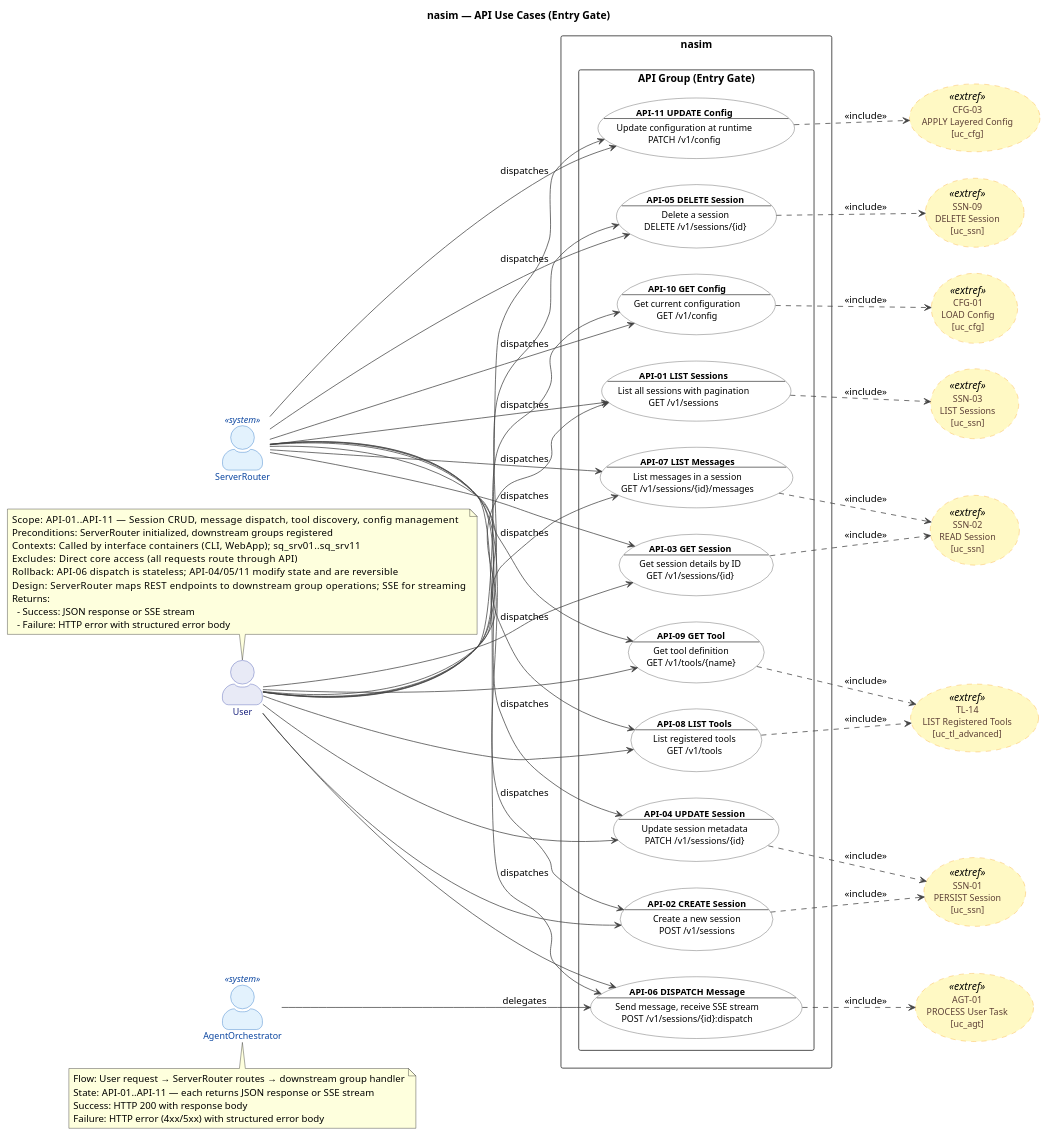
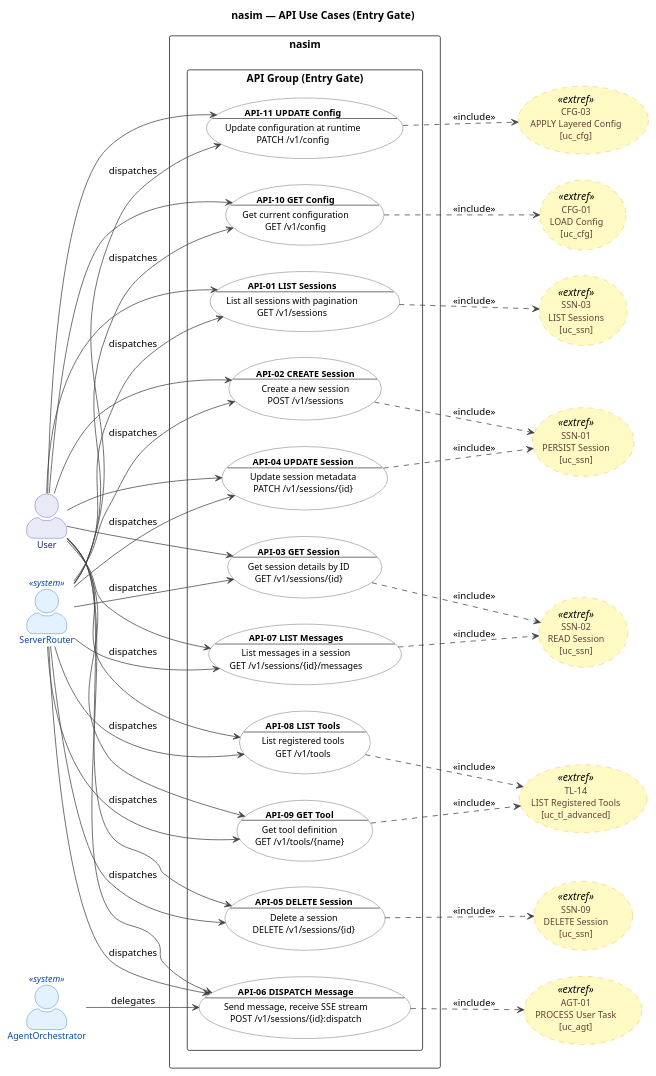
Before and after one commit to salimnamvar/nasim: the diagram in docs/UC/uc_api.puml, drawn with PlantUML. The commit also changed 23 other files, not shown here.

First line of the commit message:
docs: Refactor UC diagrams and update merge script paths

```diff
--- a/docs/UC/uc_api.puml
+++ b/docs/UC/uc_api.puml
@@ -1,163 +1,172 @@
 @startuml uc_api
+
 
 ' ============================================================
 ' Title:     nasim — UC: API Group (Entry Gate)
 ' Group:     API (API Entry Gate)
 ' Boundary:  nasim code agent
 ' Purpose:   Core business operations exposed via API.
 '            Sole entry point for all interface containers
 '            (CLI, WebApp, DesktopApp, MobileApp).
 '            ROD-compliant REST endpoints (AIP-136/193).
 '            Entry chain: User → ServerRouter → downstream groups
 ' Milestone: v1.0
 ' Version:   9.1.0
 ' Source:    docs/ENTITIES.md, docs/UC/README.md
 ' Review:    CAR refinement loop 2026-06-27
 ' SQ:        sq_srv01..sq_srv11
 ' ============================================================
 
+
 left to right direction
+
 
 title nasim — API Use Cases (Entry Gate)
 
+
 skinparam actorStyle awesome
 skinparam packageStyle rectangle
+
 
 skinparam usecase {
   BackgroundColor #FFFFFF
   BorderColor #424242
   FontColor #000000
   ArrowColor #424242
   FontSize 12
 }
 
+
 skinparam actor {
   BackgroundColor #E8EAF6
   BorderColor #3949AB
   FontColor #1A237E
   FontSize 12
 }
 
+
 skinparam actor<<system>> {
   BackgroundColor #E3F2FD
   BorderColor #1565C0
   FontColor #0D47A1
 }
+
 
 skinparam usecase<<extref>> {
   BackgroundColor #FFF9C4
   BorderColor #F9A825
   FontColor #5D4037
   BorderStyle dashed
 }
 
+
 ' ------------------------------------------------------------
 ' Actors
 ' ------------------------------------------------------------
+
 
 actor "User" as User
 actor "ServerRouter" as Router <<system>>
 actor "AgentOrchestrator" as Agent <<system>>
 
-note top of User
-  Scope:          API-01..API-11 — Session CRUD, message dispatch, tool discovery, config management
-  Preconditions:  ServerRouter initialized, downstream groups registered
-  Contexts:       Called by interface containers (CLI, WebApp); sq_srv01..sq_srv11
-  Excludes:       Direct core access (all requests route through API)
-  Rollback:       API-06 dispatch is stateless; API-04/05/11 modify state and are reversible
-  Design:         ServerRouter maps REST endpoints to downstream group operations; SSE for streaming
-  Returns:
-    - Success: JSON response or SSE stream
-    - Failure: HTTP error with structured error body
-end note
+
+
 
 ' ------------------------------------------------------------
 ' Cross-Group External References
 ' ------------------------------------------------------------
+
 
 usecase "SSN-03\nLIST Sessions\n[uc_ssn]" as SSN03_ext <<extref>>
 usecase "SSN-01\nPERSIST Session\n[uc_ssn]" as SSN01_ext <<extref>>
 usecase "SSN-02\nREAD Session\n[uc_ssn]" as SSN02_ext <<extref>>
 usecase "SSN-09\nDELETE Session\n[uc_ssn]" as SSN09_ext <<extref>>
 
+
 usecase "AGT-01\nPROCESS User Task\n[uc_agt]" as AGT01_ext <<extref>>
+
 
 usecase "CFG-01\nLOAD Config\n[uc_cfg]" as CFG01_ext <<extref>>
 usecase "CFG-03\nAPPLY Layered Config\n[uc_cfg]" as CFG03_ext <<extref>>
 
+
 usecase "TL-14\nLIST Registered Tools\n[uc_tl_advanced]" as TL14_ext <<extref>>
+
 
 ' ------------------------------------------------------------
 ' System Boundary
 ' ------------------------------------------------------------
+
 
 rectangle "nasim" {
   package "API Group (Entry Gate)" {
     usecase "**API-01 LIST Sessions**\n--\nList all sessions with pagination\nGET /v1/sessions" as API01
     usecase "**API-02 CREATE Session**\n--\nCreate a new session\nPOST /v1/sessions" as API02
     usecase "**API-03 GET Session**\n--\nGet session details by ID\nGET /v1/sessions/{id}" as API03
     usecase "**API-04 UPDATE Session**\n--\nUpdate session metadata\nPATCH /v1/sessions/{id}" as API04
     usecase "**API-05 DELETE Session**\n--\nDelete a session\nDELETE /v1/sessions/{id}" as API05
     usecase "**API-06 DISPATCH Message**\n--\nSend message, receive SSE stream\nPOST /v1/sessions/{id}:dispatch" as API06
     usecase "**API-07 LIST Messages**\n--\nList messages in a session\nGET /v1/sessions/{id}/messages" as API07
     usecase "**API-08 LIST Tools**\n--\nList registered tools\nGET /v1/tools" as API08
     usecase "**API-09 GET Tool**\n--\nGet tool definition\nGET /v1/tools/{name}" as API09
     usecase "**API-10 GET Config**\n--\nGet current configuration\nGET /v1/config" as API10
     usecase "**API-11 UPDATE Config**\n--\nUpdate configuration at runtime\nPATCH /v1/config" as API11
   }
 }
 
+
 ' ------------------------------------------------------------
 ' Actor -> Use Case Associations
 ' ------------------------------------------------------------
+
 
 User --> API01
 User --> API02
 User --> API03
 User --> API04
 User --> API05
 User --> API06
 User --> API07
 User --> API08
 User --> API09
 User --> API10
 User --> API11
 
+
 Router --> API01 : dispatches
 Router --> API02 : dispatches
 Router --> API03 : dispatches
 Router --> API04 : dispatches
 Router --> API05 : dispatches
 Router --> API06 : dispatches
 Router --> API07 : dispatches
 Router --> API08 : dispatches
 Router --> API09 : dispatches
 Router --> API10 : dispatches
 Router --> API11 : dispatches
 
+
 Agent --> API06 : delegates
+
 
 ' ------------------------------------------------------------
 ' Relationships
 ' ------------------------------------------------------------
+
 
 API01 ..> SSN03_ext : <<include>>
 API02 ..> SSN01_ext : <<include>>
 API03 ..> SSN02_ext : <<include>>
 API04 ..> SSN01_ext : <<include>>
 API05 ..> SSN09_ext : <<include>>
 API06 ..> AGT01_ext : <<include>>
 API07 ..> SSN02_ext : <<include>>
 API08 ..> TL14_ext : <<include>>
 API09 ..> TL14_ext : <<include>>
 API10 ..> CFG01_ext : <<include>>
 API11 ..> CFG03_ext : <<include>>
 
-note bottom of Agent
-  Flow:   User request → ServerRouter routes → downstream group handler
-  State:  API-01..API-11 — each returns JSON response or SSE stream
-  Success: HTTP 200 with response body
-  Failure: HTTP error (4xx/5xx) with structured error body
-end note
+
+
 
 @enduml
```
